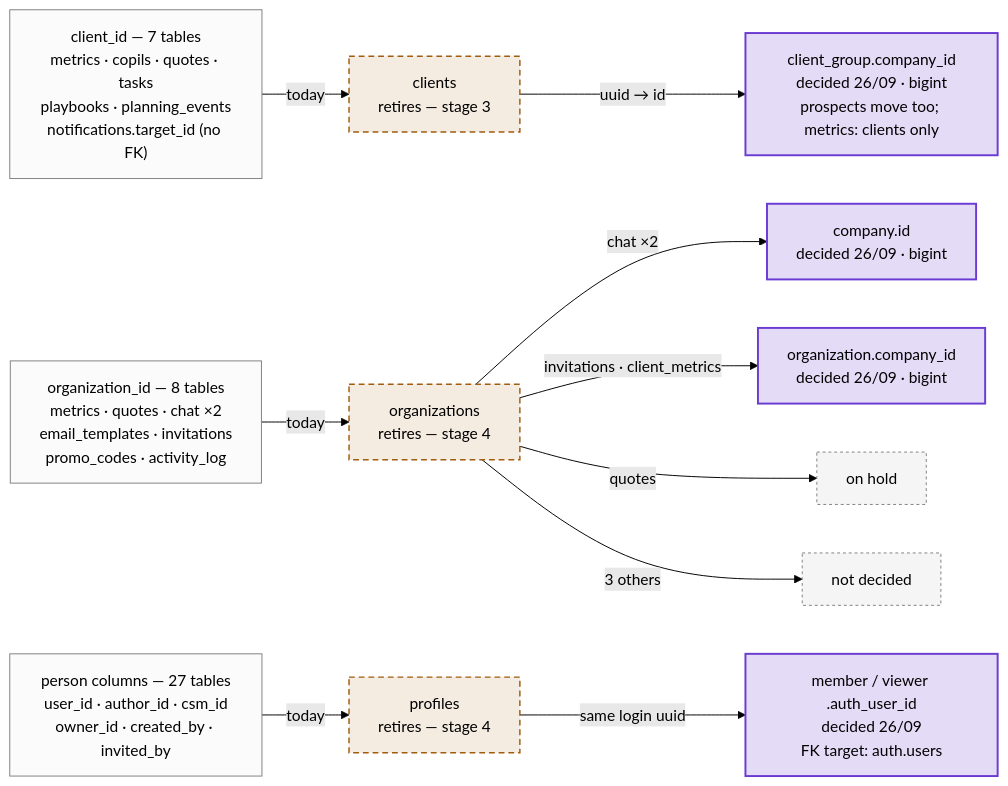
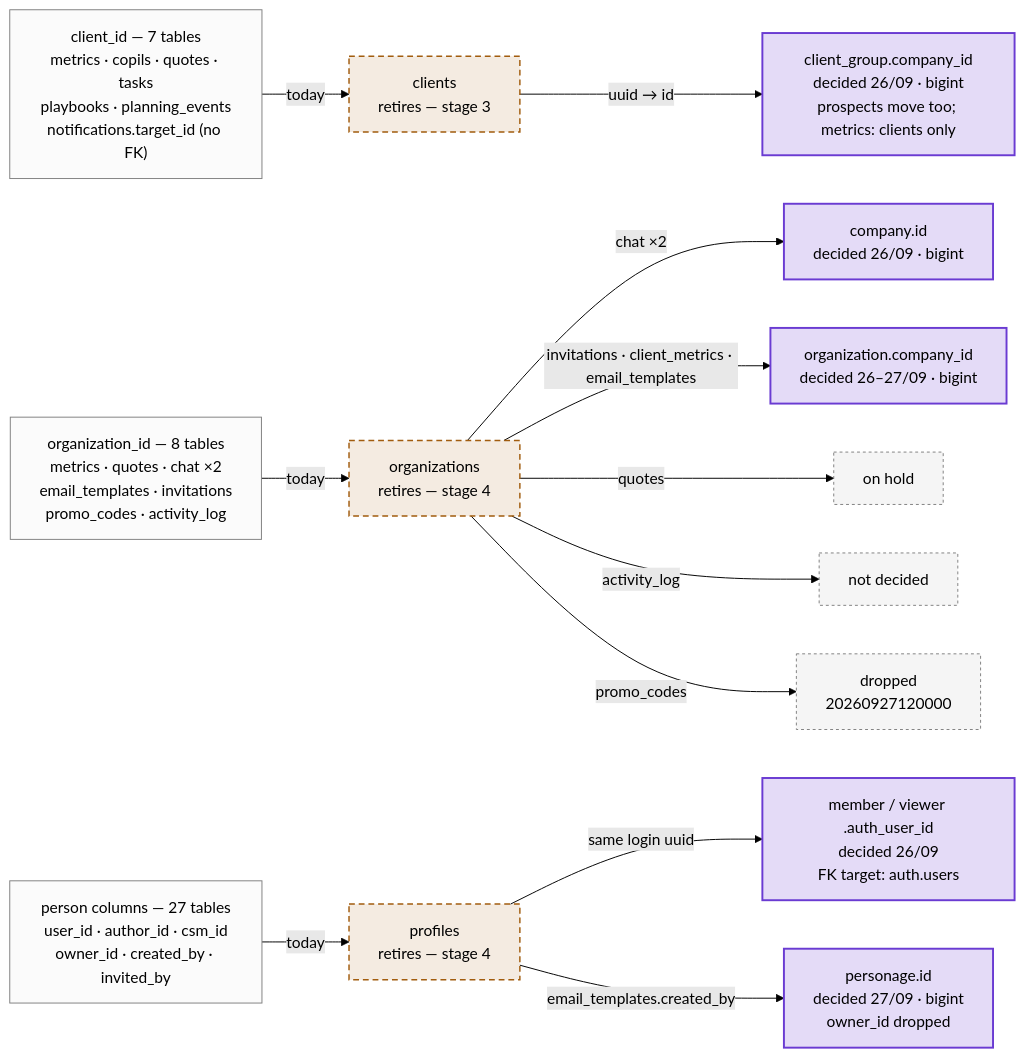
Before and after one commit to modeun92/scalyo_new: the sixth of 9 diagrams in docs/DATABASE_DIAGRAM_CORE_V2.md, drawn with Mermaid (forest theme). The commit also changed other lines of this file and 5 other files, not shown here.

First line of the commit message:
docs: own organization per account, promo_codes and email_templates decisions

````diff
--- a/docs/DATABASE_DIAGRAM_CORE_V2.md
+++ b/docs/DATABASE_DIAGRAM_CORE_V2.md
@@ -356,14 +359,16 @@
 ```mermaid
 flowchart LR
   classDef old fill:#A15C0E1F,stroke:#A15C0E,stroke-width:1.5px,stroke-dasharray:6 4;
   classDef v2 fill:#6A3BD22E,stroke:#6A3BD2,stroke-width:2px;
   classDef open fill:#80808014,stroke:#808080,stroke-dasharray:3 3;
   classDef src fill:#80808008,stroke:#808080;
   S1["client_id — 7 tables<br/>metrics · copils · quotes · tasks<br/>playbooks · planning_events<br/>notifications.target_id (no FK)"]:::src -- today --> O1["clients<br/>retires — stage 3"]:::old -- "uuid → id" --> N1["client_group.company_id<br/>decided 26/09 · bigint<br/>prospects move too; metrics: clients only"]:::v2
   S2["organization_id — 8 tables<br/>metrics · quotes · chat ×2<br/>email_templates · invitations<br/>promo_codes · activity_log"]:::src -- today --> O2["organizations<br/>retires — stage 4"]:::old
   O2 -- "chat ×2" --> N2a["company.id<br/>decided 26/09 · bigint"]:::v2
-  O2 -- "invitations · client_metrics" --> N2b["organization.company_id<br/>decided 26/09 · bigint"]:::v2
+  O2 -- "invitations · client_metrics · email_templates" --> N2b["organization.company_id<br/>decided 26–27/09 · bigint"]:::v2
   O2 -- "quotes" --> N2c["on hold"]:::open
-  O2 -- "3 others" --> N2d["not decided"]:::open
+  O2 -- "activity_log" --> N2d["not decided"]:::open
+  O2 -- "promo_codes" --> N2e["dropped<br/>20260927120000"]:::open
   S3["person columns — 27 tables<br/>user_id · author_id · csm_id<br/>owner_id · created_by · invited_by"]:::src -- today --> O3["profiles<br/>retires — stage 4"]:::old -- "same login uuid" --> N3["member / viewer .auth_user_id<br/>decided 26/09<br/>FK target: auth.users"]:::v2
+  O3 -- "email_templates.created_by" --> N3b["personage.id<br/>decided 27/09 · bigint<br/>owner_id dropped"]:::v2
 ```
````
